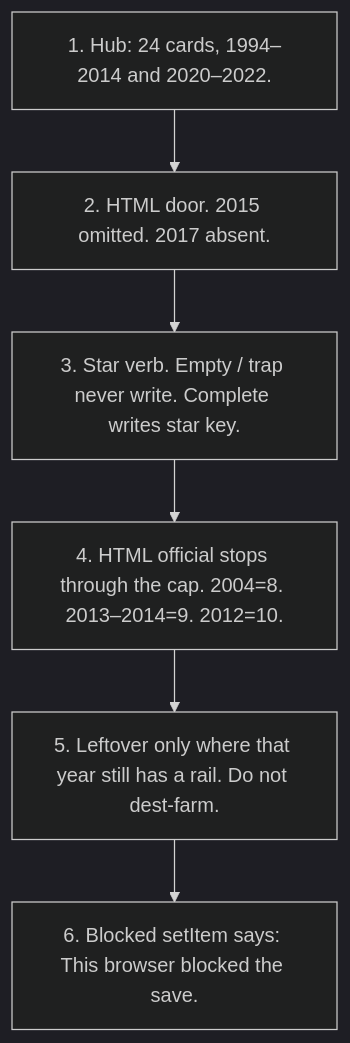
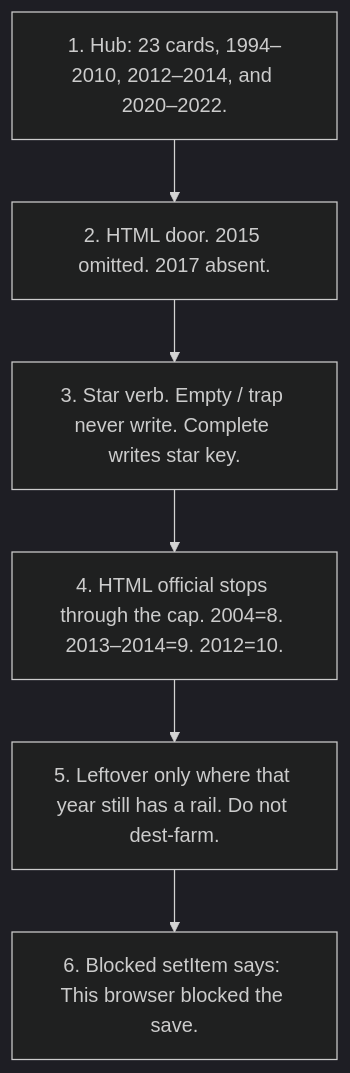
Before and after one commit to sourabhligade/internet-through-time: the fourth of 5 diagrams in docs/FLOW-CHECK-DIAGRAM.md, drawn with Mermaid (dark theme). The commit also changed other lines of this file and 297 other files, not shown here.

````diff
--- a/docs/FLOW-CHECK-DIAGRAM.md
+++ b/docs/FLOW-CHECK-DIAGRAM.md
@@ -90,8 +90,8 @@
 ```mermaid
 flowchart TD
- A["1. Hub: 24 cards, 1994–2014 and 2020–2022."] --> B["2. HTML door. 2015 omitted. 2017 absent."]
+ A["1. Hub: 23 cards, 1994–2010, 2012–2014, and 2020–2022."] --> B["2. HTML door. 2015 omitted. 2017 absent."]
  B --> C["3. Star verb. Empty / trap never write. Complete writes star key."]
  C --> D["4. HTML official stops through the cap. 2004=8. 2013–2014=9. 2012=10."]
  D --> E["5. Leftover only where that year still has a rail. Do not dest-farm."]
  E --> F["6. Blocked setItem says: This browser blocked the save."]
 ```
````
